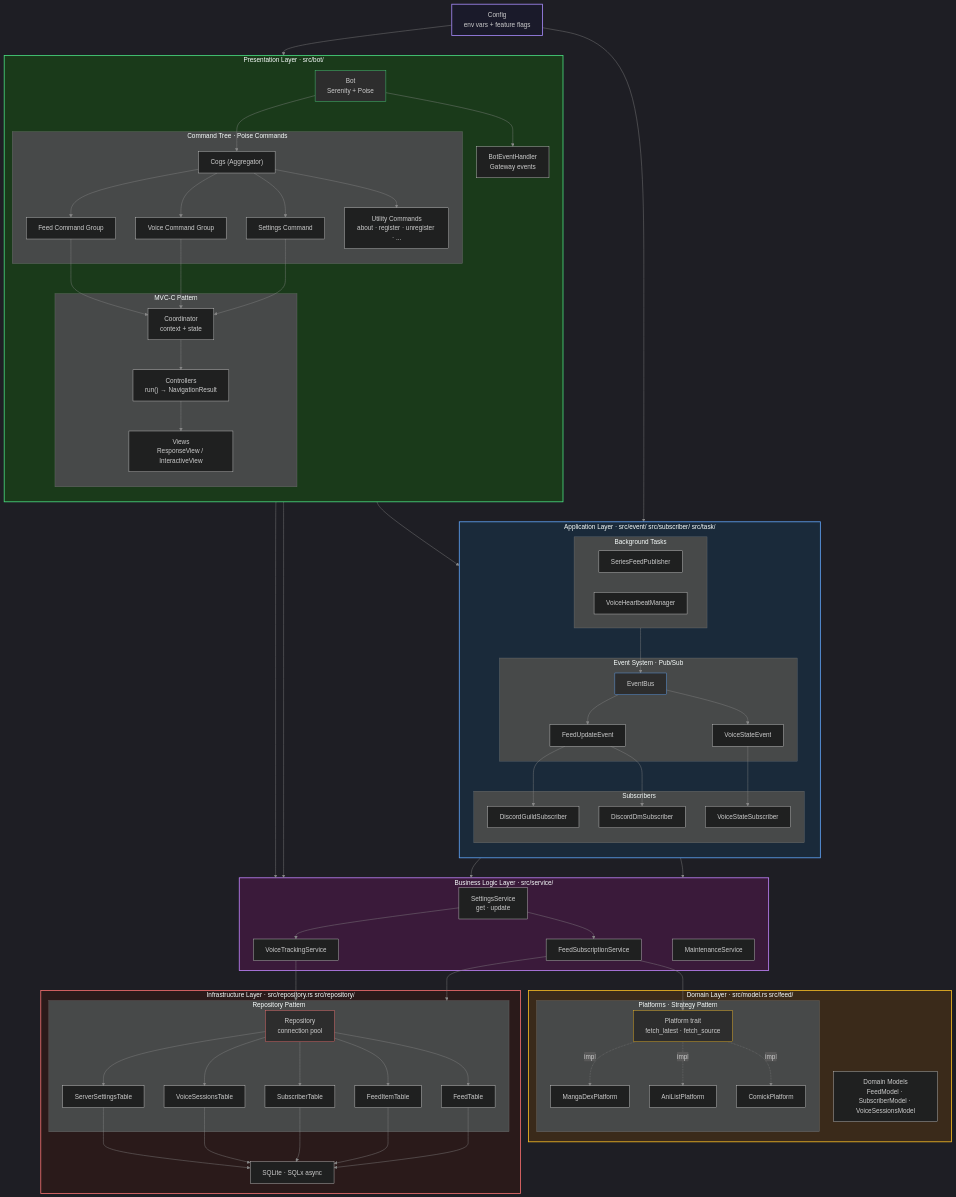
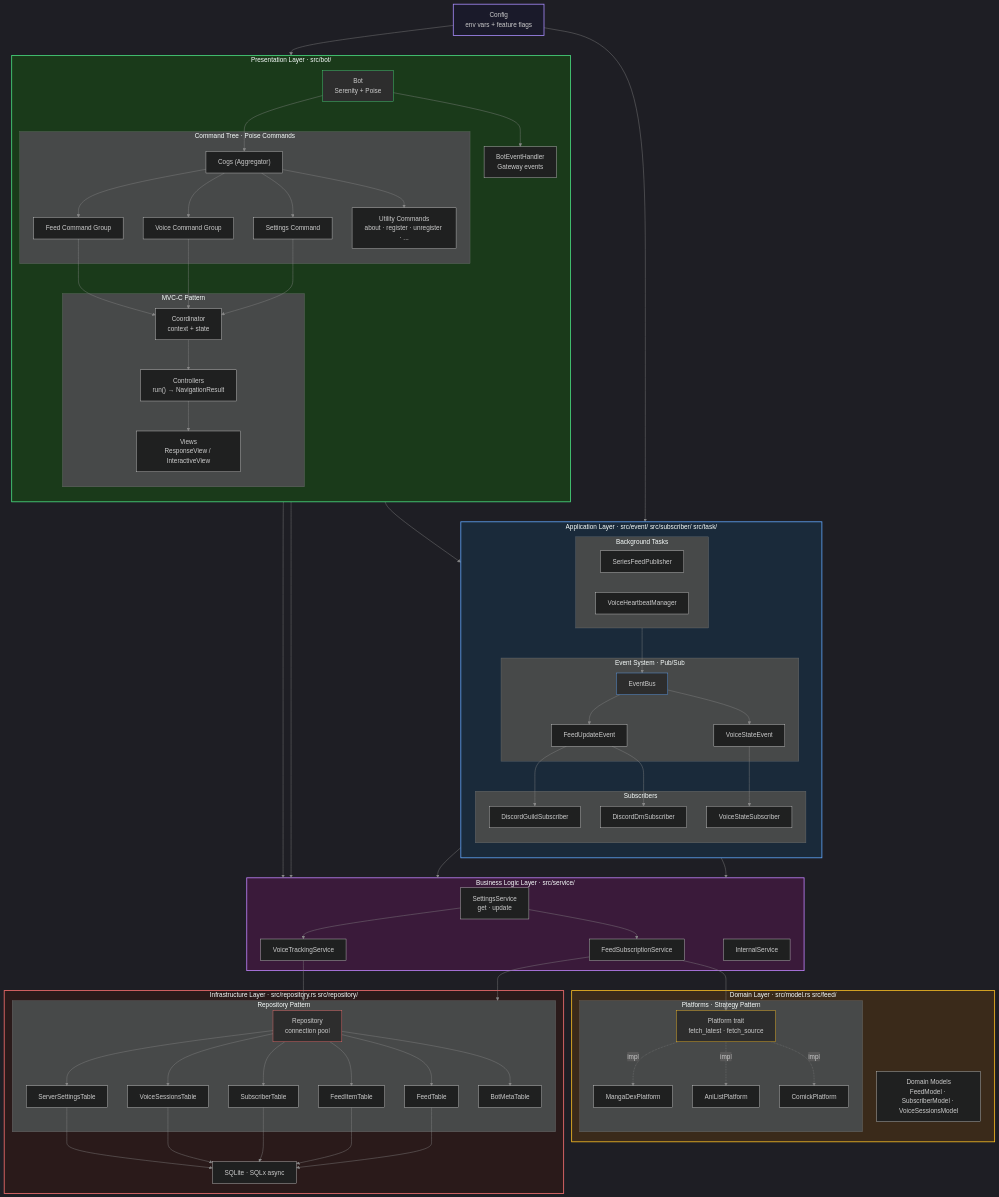
One commit to FAZuH/pwr-bot changed the diagram in docs/diagrams/architecture-layers.mmd. Above: the diagram before and after it, drawn with Mermaid. The commit also changed 1 other file, not shown here.

```diff
--- a/docs/diagrams/architecture-layers.mmd
+++ b/docs/diagrams/architecture-layers.mmd
@@ -1,118 +1,119 @@
 %%{init: {
   'theme': 'dark',
   'themeVariables': {
     'primaryColor': '#1e1e1e',
     'primaryTextColor': '#ffffff',
     'primaryBorderColor': '#ffffff',
     'lineColor': '#888888',
     'secondaryColor': '#2d2d2d',
     'tertiaryColor': '#1e1e1e'
   }
 }}%%
 graph TB
     subgraph Presentation["Presentation Layer  ·  src/bot/"]
         direction TB
         Bot["Bot<br/>Serenity + Poise"]
         EventHandler["BotEventHandler<br/>Gateway events"]
 
         subgraph Commands["Command Tree  ·  Poise Commands"]
             Cogs["Cogs (Aggregator)"]
             FeedCmd["Feed Command Group"]
             VoiceCmd["Voice Command Group"]
             SettingsCmd["Settings Command"]
             UtilityCmds["Utility Commands<br/>about · register · unregister · ..."]
             Cogs --> FeedCmd & VoiceCmd & SettingsCmd & UtilityCmds
         end
 
         subgraph MVC["MVC-C Pattern"]
             Coordinator["Coordinator<br/>context + state"]
             Controllers["Controllers<br/>run() → NavigationResult"]
             Views["Views<br/>ResponseView / InteractiveView"]
             Coordinator --> Controllers --> Views
         end
 
         Bot --> EventHandler & Cogs
         FeedCmd & VoiceCmd & SettingsCmd --> Coordinator
     end
 
     subgraph Application["Application Layer  ·  src/event/  src/subscriber/  src/task/"]
         direction TB
 
         subgraph EventSystem["Event System  ·  Pub/Sub"]
             EventBus["EventBus"]
             FeedEvent["FeedUpdateEvent"]
             VoiceEvent["VoiceStateEvent"]
             EventBus --> FeedEvent & VoiceEvent
         end
 
         subgraph Subscribers["Subscribers"]
             GuildSub["DiscordGuildSubscriber"]
             DmSub["DiscordDmSubscriber"]
             VoiceSub["VoiceStateSubscriber"]
         end
 
         subgraph Tasks["Background Tasks"]
             FeedPublisher["SeriesFeedPublisher"]
             VoiceHeartbeat["VoiceHeartbeatManager"]
         end
 
         FeedEvent --> GuildSub & DmSub
         VoiceEvent --> VoiceSub
         Tasks --> EventBus
     end
 
     subgraph BusinessLogic["Business Logic Layer  ·  src/service/"]
         SettingsService["SettingsService<br/>get · update"]
         FeedService["FeedSubscriptionService"]
         VoiceService["VoiceTrackingService"]
-        MaintenanceService["MaintenanceService"]
+        InternalService["InternalService"]
         SettingsService --> FeedService & VoiceService
     end
 
     subgraph Domain["Domain Layer  ·  src/model.rs  src/feed/"]
         subgraph Platforms["Platforms  ·  Strategy Pattern"]
             PlatformTrait["Platform trait<br/>fetch_latest · fetch_source"]
             MangaDex["MangaDexPlatform"]
             AniList["AniListPlatform"]
             Comick["ComickPlatform"]
             PlatformTrait -.->|impl| MangaDex & AniList & Comick
         end
         Models["Domain Models<br/>FeedModel · SubscriberModel · VoiceSessionsModel"]
     end
 
     subgraph Infrastructure["Infrastructure Layer  ·  src/repository.rs  src/repository/"]
         subgraph Repository["Repository Pattern"]
             Repo["Repository<br/>connection pool"]
             FeedTable["FeedTable"]
             FeedItemTable["FeedItemTable"]
             SubscriberTable["SubscriberTable"]
             VoiceTable["VoiceSessionsTable"]
             SettingsTable["ServerSettingsTable"]
-            Repo --> FeedTable & FeedItemTable & SubscriberTable & VoiceTable & SettingsTable
+            BotMetaTable["BotMetaTable"]
+            Repo --> FeedTable & FeedItemTable & SubscriberTable & VoiceTable & SettingsTable & BotMetaTable
         end
         SQLite["SQLite  ·  SQLx async"]
         FeedTable & FeedItemTable & SubscriberTable & VoiceTable & SettingsTable --> SQLite
     end
 
     Config["Config<br/>env vars + feature flags"]
 
     %% Cross-layer
     Controllers --> BusinessLogic
     Subscribers --> BusinessLogic
     Tasks --> BusinessLogic
     FeedService --> PlatformTrait
     FeedService & VoiceService --> Repository
     Bot --> BusinessLogic & EventBus
     Config --> Bot & Tasks
 
     style Presentation fill:#1a3a1a,stroke:#4ade80,stroke-width:2px
     style Application fill:#1a2a3a,stroke:#60a5fa,stroke-width:2px
     style BusinessLogic fill:#3a1a3a,stroke:#c084fc,stroke-width:2px
     style Domain fill:#3a2a1a,stroke:#fbbf24,stroke-width:2px
     style Infrastructure fill:#2a1a1a,stroke:#f87171,stroke-width:2px
     style Config fill:#1a1a2a,stroke:#a78bfa,stroke-width:2px
 
     style Bot fill:#2d2d2d,stroke:#4ade80
     style EventBus fill:#2d2d2d,stroke:#60a5fa
     style PlatformTrait fill:#2d2d2d,stroke:#fbbf24
     style Repo fill:#2d2d2d,stroke:#f87171
```
